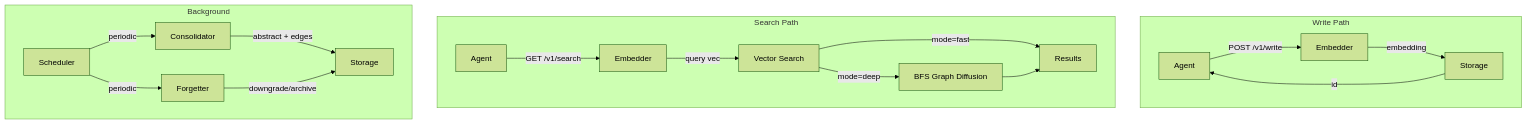
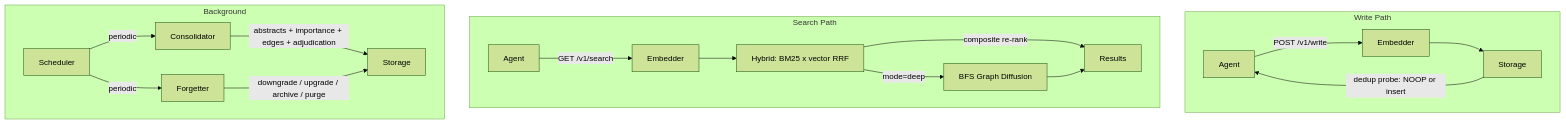
The first of 2 diagrams in docs/SPEC.md (TtTRz/MerkurDB), drawn with Mermaid (forest theme) before and after one commit. The commit also changed other lines of this file and 12 other files, not shown here.

````diff
--- a/docs/SPEC.md
+++ b/docs/SPEC.md
@@ -56,23 +44,23 @@
 ```mermaid
 flowchart TB
     subgraph Write Path
         A[Agent] -->|POST /v1/write| E[Embedder]
-        E -->|embedding| S[Storage]
-        S -->|id| A
+        E --> S[Storage]
+        S -->|dedup probe: NOOP or insert| A
     end
 
     subgraph Search Path
         A2[Agent] -->|GET /v1/search| E2[Embedder]
-        E2 -->|query vec| VS[Vector Search]
-        VS -->|mode=fast| R[Results]
-        VS -->|mode=deep| BFS[BFS Graph Diffusion]
+        E2 --> H[Hybrid: BM25 x vector RRF]
+        H -->|composite re-rank| R[Results]
+        H -->|mode=deep| BFS[BFS Graph Diffusion]
         BFS --> R
     end
 
     subgraph Background
         SCH[Scheduler] -->|periodic| CON[Consolidator]
-        CON -->|abstract + edges| S2[Storage]
+        CON -->|abstracts + importance + edges + adjudication| S2[Storage]
         SCH -->|periodic| FOR[Forgetter]
-        FOR -->|downgrade/archive| S2
+        FOR -->|downgrade / upgrade / archive / purge| S2
     end
 ```
````
